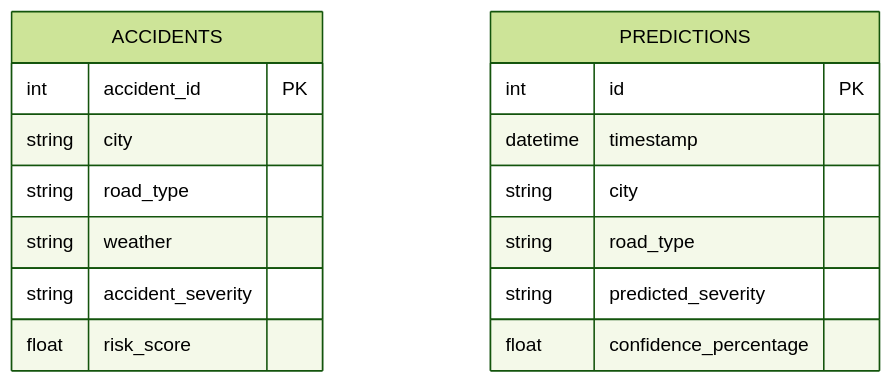
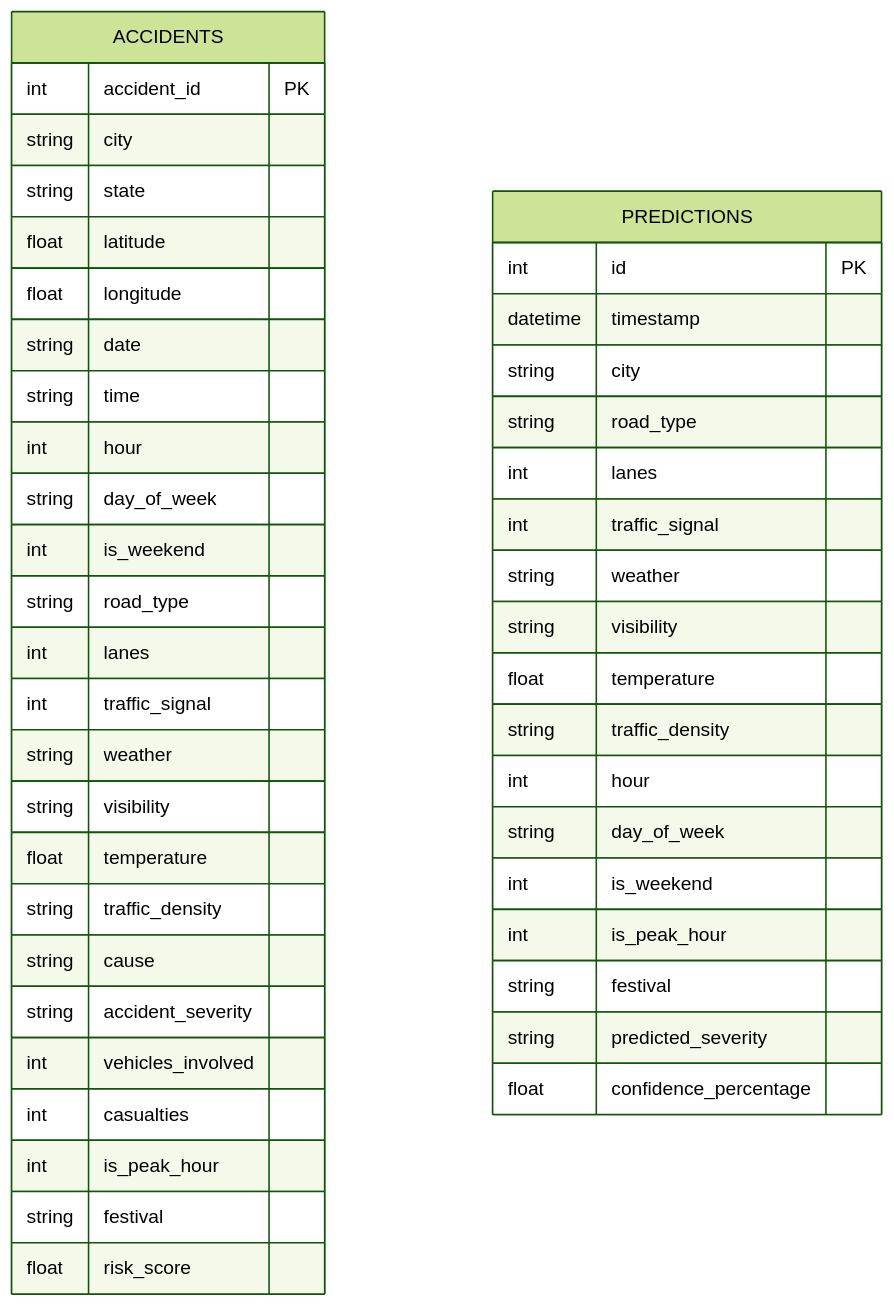
The sixth of 6 diagrams in docs/academic_report.md (Ayankkk29/SafeRoute-AI), drawn with Mermaid (forest theme) before and after one commit. The commit also changed other lines of this file and 6 other files, not shown here.

````diff
--- a/docs/academic_report.md
+++ b/docs/academic_report.md
@@ -161,19 +272,49 @@
 ```mermaid
 erDiagram
     ACCIDENTS {
         int accident_id PK
         string city
+        string state
+        float latitude
+        float longitude
+        string date
+        string time
+        int hour
+        string day_of_week
+        int is_weekend
         string road_type
+        int lanes
+        int traffic_signal
         string weather
+        string visibility
+        float temperature
+        string traffic_density
+        string cause
         string accident_severity
+        int vehicles_involved
+        int casualties
+        int is_peak_hour
+        string festival
         float risk_score
     }
+
     PREDICTIONS {
         int id PK
         datetime timestamp
         string city
         string road_type
+        int lanes
+        int traffic_signal
+        string weather
+        string visibility
+        float temperature
+        string traffic_density
+        int hour
+        string day_of_week
+        int is_weekend
+        int is_peak_hour
+        string festival
         string predicted_severity
         float confidence_percentage
     }
 ```
````
